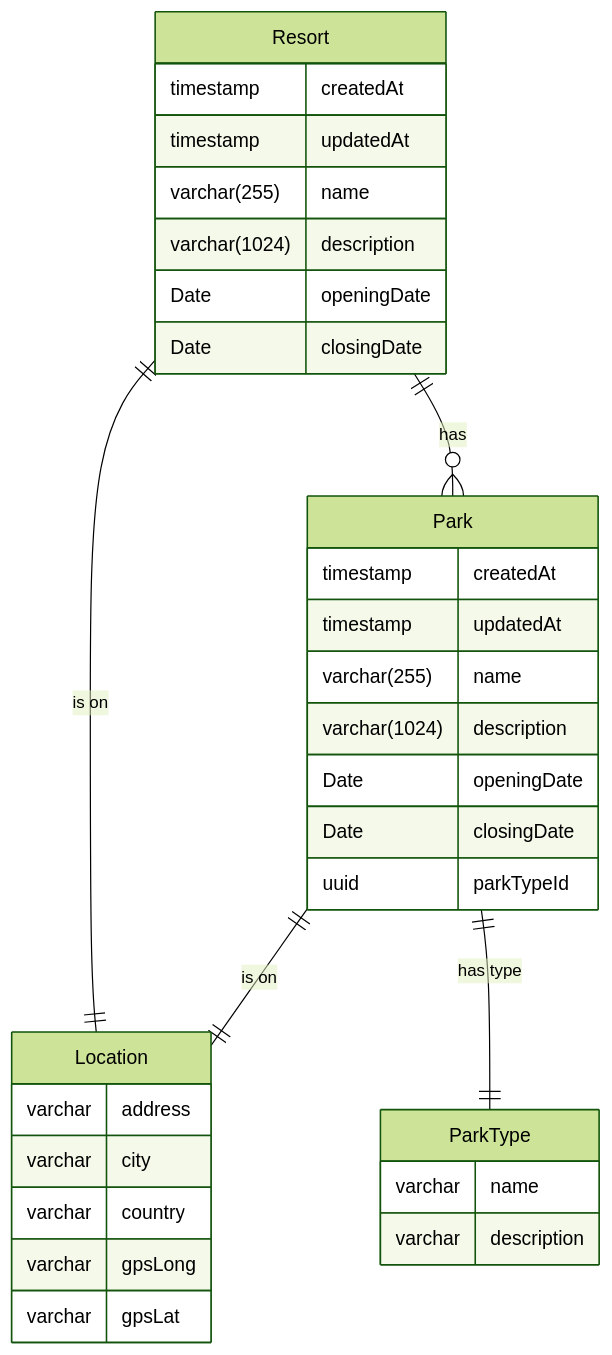
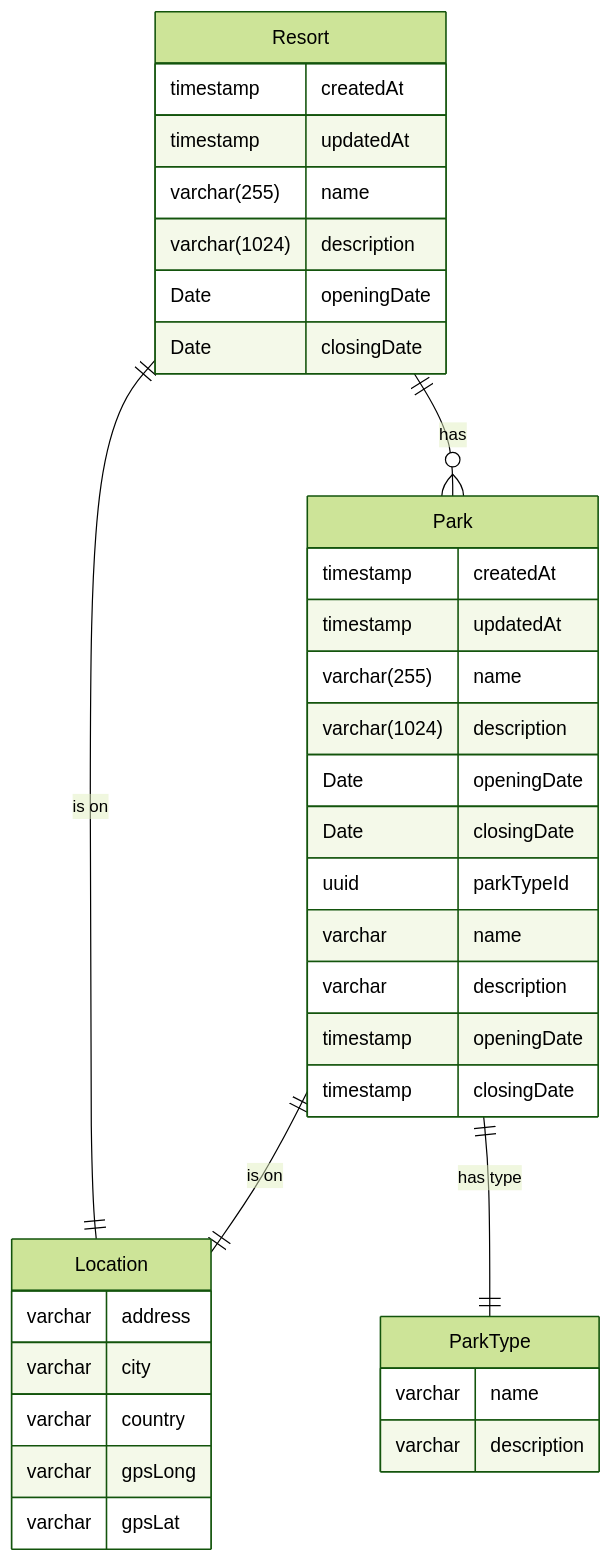
One commit to BasBrunink/tpdb changed the diagram in documentation/datamodel/erd.mermaid. Above: the diagram before and after it, drawn with Mermaid (forest theme). The commit also changed 1 other file, not shown here.

```diff
--- a/documentation/datamodel/erd.mermaid
+++ b/documentation/datamodel/erd.mermaid
@@ -1,44 +1,47 @@
 
 erDiagram
 
 Resort ||--o{ Park: has
 Resort ||--|| Location: "is on"
 
 Park ||--|| Location: "is on"
 Park ||--|| ParkType: "has type"
 
 
 ParkType {
     varchar name
     varchar description
 }
 
 Park {
     timestamp createdAt
     timestamp updatedAt
     varchar(255) name
     varchar(1024) description
     Date openingDate
     Date closingDate
     uuid parkTypeId
 }
 
-
+Park {
+    varchar name
+    varchar description
+    timestamp openingDate
+    timestamp closingDate
+}
 Resort {
-
     timestamp createdAt
     timestamp updatedAt
     varchar(255) name
     varchar(1024) description
     Date openingDate
     Date closingDate
-
 }
 
 Location {
     varchar address
     varchar city
     varchar country
     varchar gpsLong
     varchar gpsLat
 }
```
